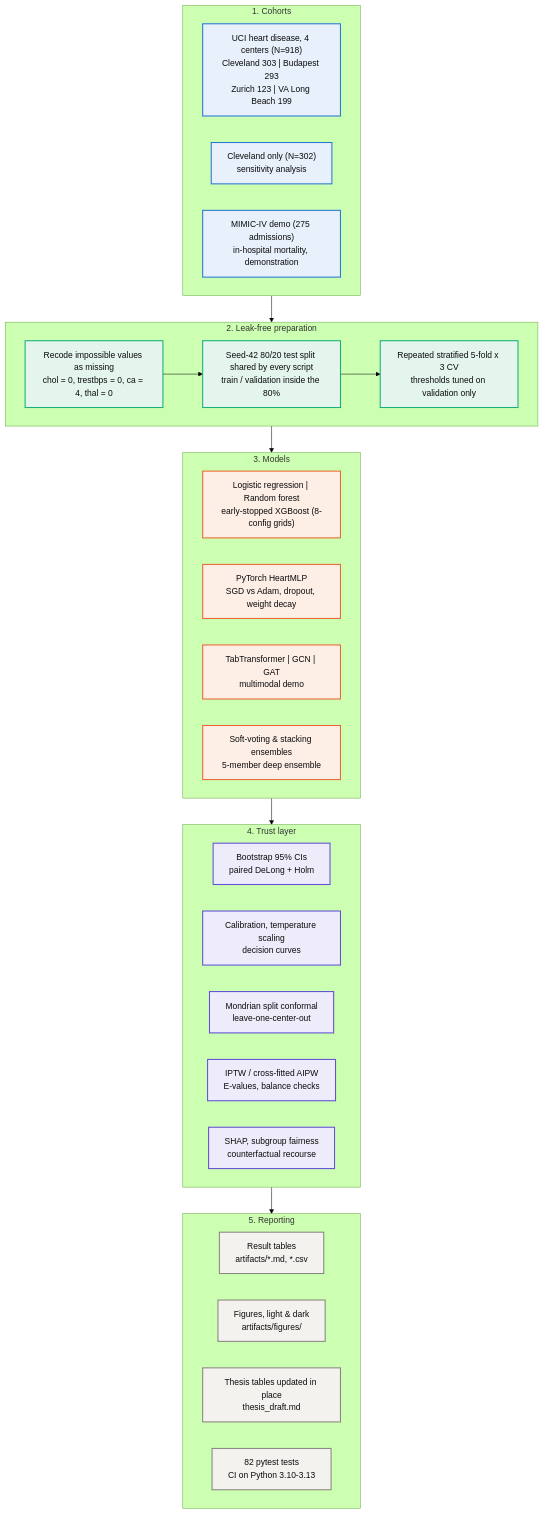
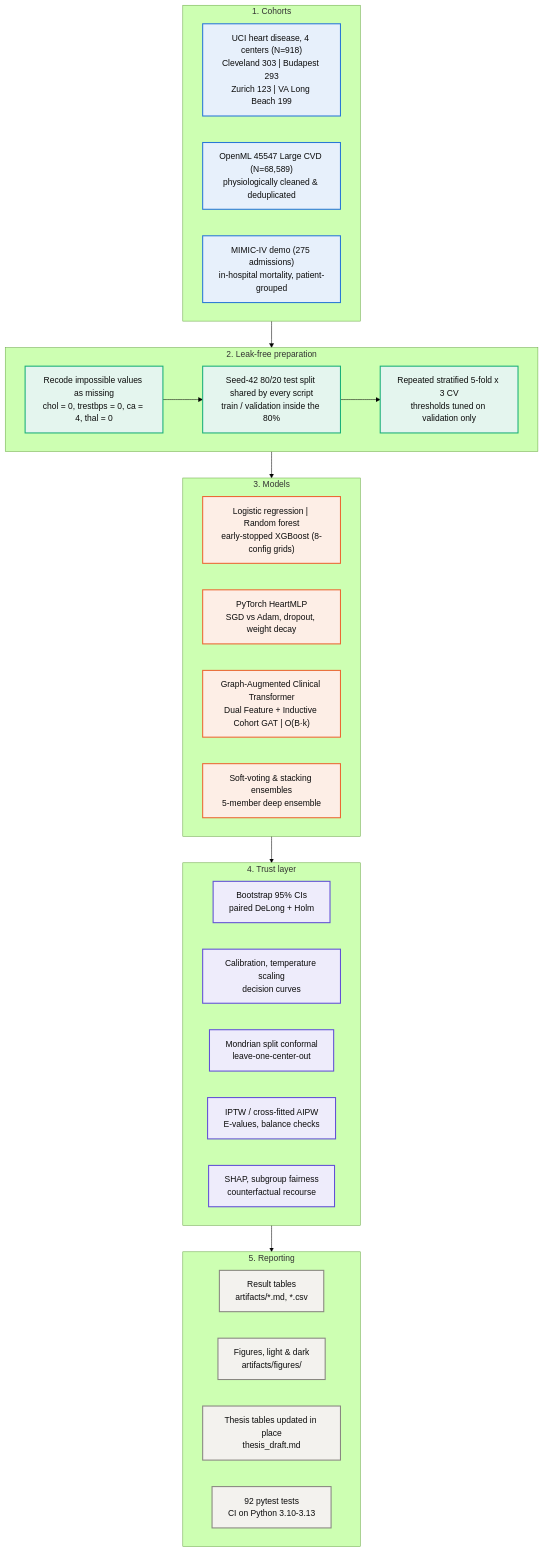
The diagram in README.md (YahyaLendani/heart-disease-clinical-ml), drawn with Mermaid (forest theme) before and after one commit. The commit also changed other lines of this file and 15 other files, not shown here.

First line of the commit message:
feat(model): add Graph-Augmented Clinical Transformer with O(B*k) mini-batch scaling and 3-cohort benchmarks

````diff
--- a/README.md
+++ b/README.md
@@ -76,50 +76,50 @@
 ```mermaid
 flowchart TB
     classDef data fill:#e7f0fb,stroke:#2a78d6,stroke-width:2px,color:#0b0b0b
     classDef prep fill:#e4f5ee,stroke:#1baf7a,stroke-width:2px,color:#0b0b0b
     classDef model fill:#fdeee6,stroke:#eb6834,stroke-width:2px,color:#0b0b0b
     classDef trust fill:#eeecfb,stroke:#6250d6,stroke-width:2px,color:#0b0b0b
     classDef out fill:#f3f2ee,stroke:#898781,stroke-width:2px,color:#0b0b0b
 
     subgraph Data["1. Cohorts"]
         direction LR
         A1["UCI heart disease, 4 centers (N=918)<br/>Cleveland 303 | Budapest 293<br/>Zurich 123 | VA Long Beach 199"]:::data
-        A2["Cleveland only (N=302)<br/>sensitivity analysis"]:::data
-        A3["MIMIC-IV demo (275 admissions)<br/>in-hospital mortality, demonstration"]:::data
+        A2["OpenML 45547 Large CVD (N=68,589)<br/>physiologically cleaned & deduplicated"]:::data
+        A3["MIMIC-IV demo (275 admissions)<br/>in-hospital mortality, patient-grouped"]:::data
     end
 
     subgraph Prep["2. Leak-free preparation"]
         direction LR
         B1["Recode impossible values as missing<br/>chol = 0, trestbps = 0, ca = 4, thal = 0"]:::prep
         B2["Seed-42 80/20 test split shared by every script<br/>train / validation inside the 80%"]:::prep
         B3["Repeated stratified 5-fold x 3 CV<br/>thresholds tuned on validation only"]:::prep
         B1 --> B2 --> B3
     end
 
     subgraph Models["3. Models"]
         direction LR
         C1["Logistic regression | Random forest<br/>early-stopped XGBoost (8-config grids)"]:::model
         C2["PyTorch HeartMLP<br/>SGD vs Adam, dropout, weight decay"]:::model
-        C3["TabTransformer | GCN | GAT<br/>multimodal demo"]:::model
+        C3["Graph-Augmented Clinical Transformer<br/>Dual Feature + Inductive Cohort GAT | O(B·k)"]:::model
         C4["Soft-voting & stacking ensembles<br/>5-member deep ensemble"]:::model
     end
 
     subgraph Trust["4. Trust layer"]
         direction LR
         D1["Bootstrap 95% CIs<br/>paired DeLong + Holm"]:::trust
         D2["Calibration, temperature scaling<br/>decision curves"]:::trust
         D3["Mondrian split conformal<br/>leave-one-center-out"]:::trust
         D4["IPTW / cross-fitted AIPW<br/>E-values, balance checks"]:::trust
         D5["SHAP, subgroup fairness<br/>counterfactual recourse"]:::trust
     end
 
     subgraph Output["5. Reporting"]
         direction LR
         E1["Result tables<br/>artifacts/*.md, *.csv"]:::out
         E2["Figures, light & dark<br/>artifacts/figures/"]:::out
         E3["Thesis tables updated in place<br/>thesis_draft.md"]:::out
-        E4["82 pytest tests<br/>CI on Python 3.10-3.13"]:::out
+        E4["92 pytest tests<br/>CI on Python 3.10-3.13"]:::out
     end
 
     Data --> Prep --> Models --> Trust --> Output
 ```
````
